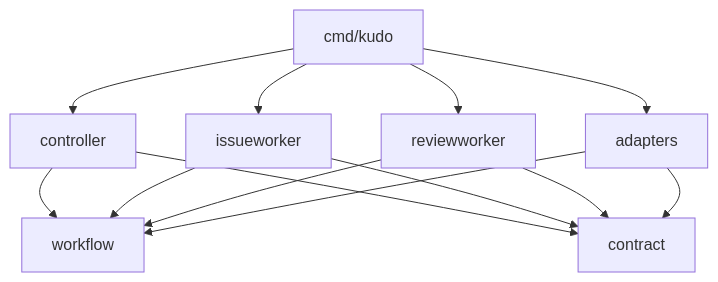
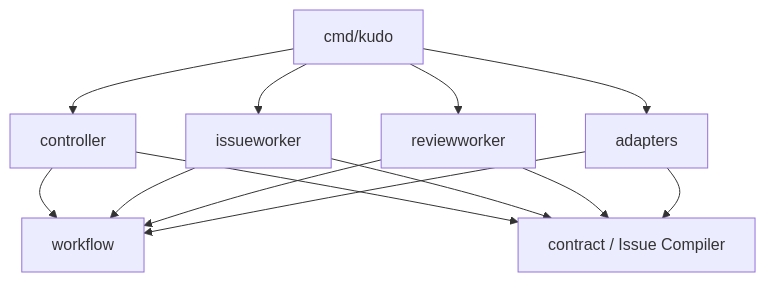
Before and after one commit to mrbaron3/kudo: the fourth of 4 diagrams in docs/spec/05_design/01_architecture.md, drawn with Mermaid. The commit also changed other lines of this file and 35 other files, not shown here.

````diff
--- a/docs/spec/05_design/01_architecture.md
+++ b/docs/spec/05_design/01_architecture.md
@@ -301,15 +357,15 @@
 ```mermaid
 flowchart TD
     CMD[cmd/kudo] --> C[controller]
     CMD --> IW[issueworker]
     CMD --> RW[reviewworker]
     CMD --> AD[adapters]
     C --> WF[workflow]
     IW --> WF
     RW --> WF
-    C --> CT[contract]
+    C --> CT[contract / Issue Compiler]
     IW --> CT
     RW --> CT
     AD --> CT
     AD --> WF
 ```
````
